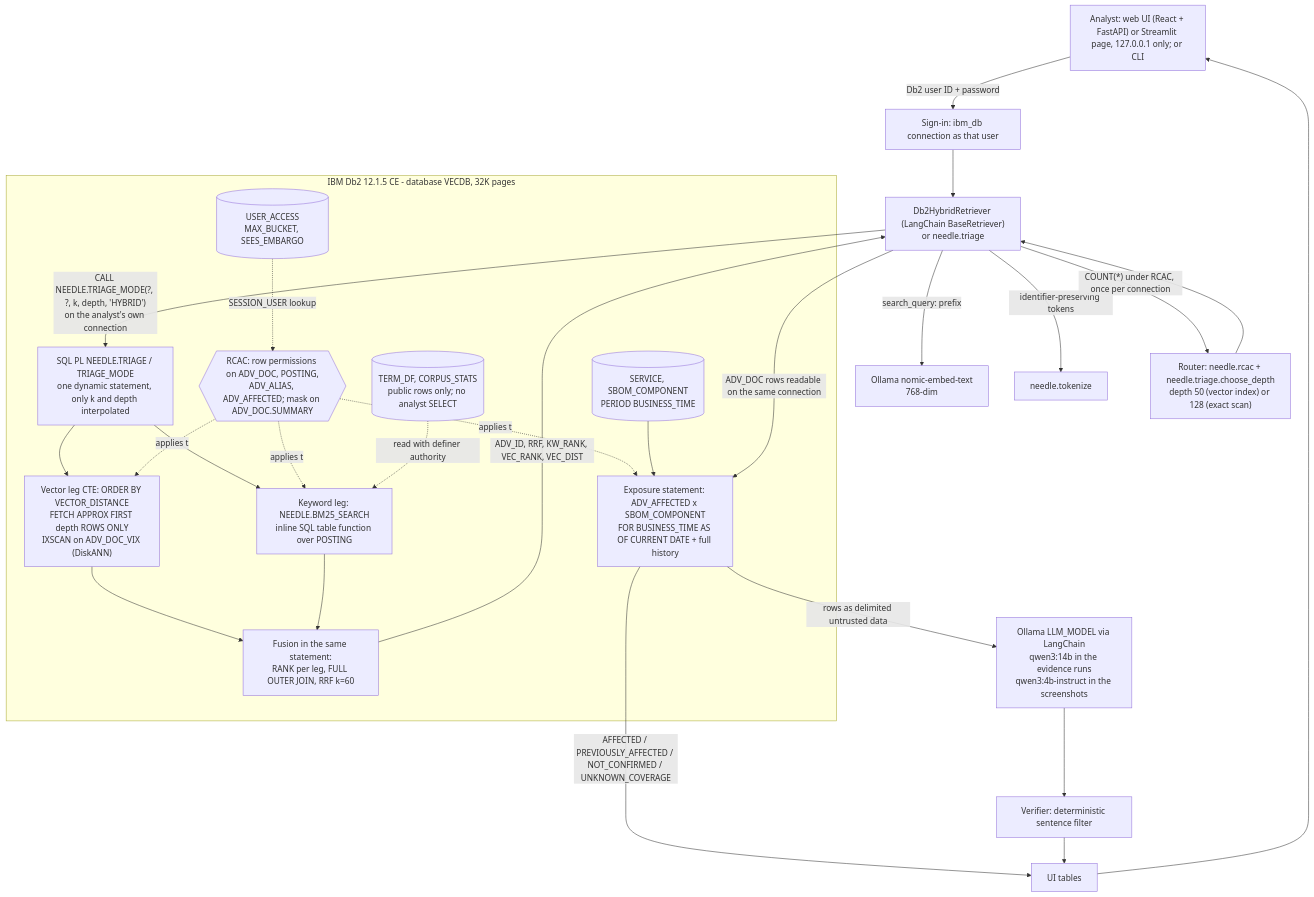
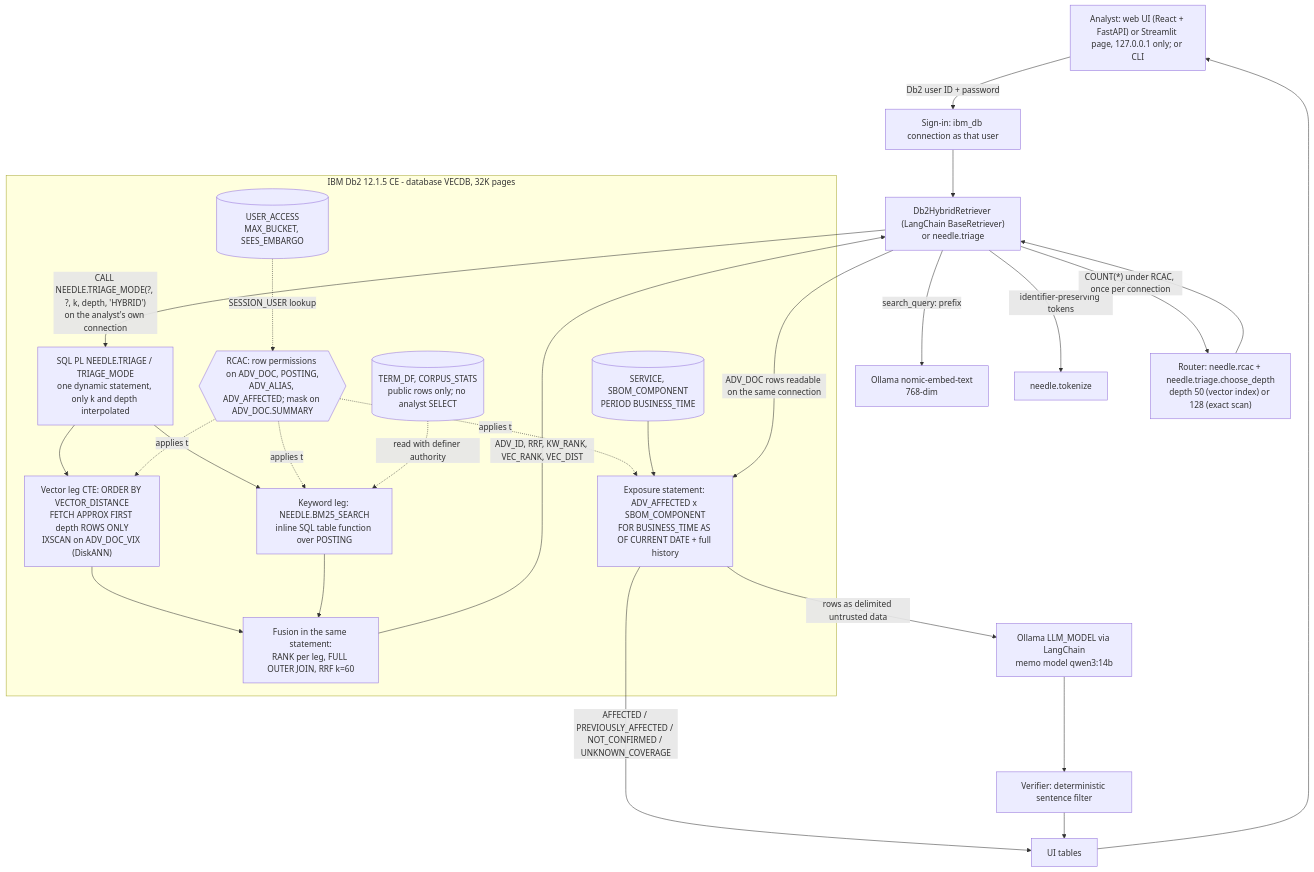
One commit to KunalGolaIBM/IBM_Db2_TechX_Project_Submission changed the first of 2 diagrams in submissions/needle/architecture.md. Above: the diagram before and after it, drawn with Mermaid. The commit also changed other lines of this file and 7 other files, not shown here.

````diff
--- a/submissions/needle/architecture.md
+++ b/submissions/needle/architecture.md
@@ -26,31 +26,31 @@
 ```mermaid
 graph TD
     U["Analyst: web UI (React + FastAPI) or Streamlit page, 127.0.0.1 only; or CLI"] -->|"Db2 user ID + password"| SI["Sign-in: ibm_db connection as that user"]
     SI --> R["Db2HybridRetriever (LangChain BaseRetriever)<br/>or needle.triage"]
     R -->|"search_query: prefix"| OL["Ollama nomic-embed-text<br/>768-dim"]
     R -->|"identifier-preserving tokens"| TK["needle.tokenize"]
     R -->|"COUNT(*) under RCAC, once per connection"| RT["Router: needle.rcac + needle.triage.choose_depth<br/>depth 50 (vector index) or 128 (exact scan)"]
     RT --> R
     R -->|"CALL NEEDLE.TRIAGE_MODE(?, ?, k, depth, 'HYBRID')<br/>on the analyst's own connection"| T
     subgraph DB["IBM Db2 12.1.5 CE - database VECDB, 32K pages"]
       T["SQL PL NEEDLE.TRIAGE / TRIAGE_MODE<br/>one dynamic statement, only k and depth interpolated"]
       T --> VL["Vector leg CTE: ORDER BY VECTOR_DISTANCE<br/>FETCH APPROX FIRST depth ROWS ONLY<br/>IXSCAN on ADV_DOC_VIX (DiskANN)"]
       T --> KW["Keyword leg: NEEDLE.BM25_SEARCH<br/>inline SQL table function over POSTING"]
       VL --> F["Fusion in the same statement:<br/>RANK per leg, FULL OUTER JOIN, RRF k=60"]
       KW --> F
       P{{"RCAC: row permissions on ADV_DOC, POSTING,<br/>ADV_ALIAS, ADV_AFFECTED; mask on ADV_DOC.SUMMARY"}} -.applies to.-> VL
       P -.applies to.-> KW
       P -.applies to.-> X
       ST[("TERM_DF, CORPUS_STATS<br/>public rows only; no analyst SELECT")] -.read with definer authority.-> KW
       UA[("USER_ACCESS<br/>MAX_BUCKET, SEES_EMBARGO")] -.SESSION_USER lookup.-> P
       X["Exposure statement: ADV_AFFECTED x SBOM_COMPONENT<br/>FOR BUSINESS_TIME AS OF CURRENT DATE + full history"]
       SB[("SERVICE, SBOM_COMPONENT<br/>PERIOD BUSINESS_TIME")] --> X
     end
     F -->|"ADV_ID, RRF, KW_RANK, VEC_RANK, VEC_DIST"| R
     R -->|"ADV_DOC rows readable on the same connection"| X
     X -->|"AFFECTED / PREVIOUSLY_AFFECTED / NOT_CONFIRMED / UNKNOWN_COVERAGE"| UI2["UI tables"]
-    X -->|"rows as delimited untrusted data"| LLM["Ollama LLM_MODEL via LangChain<br/>qwen3:14b in the evidence runs<br/>qwen3:4b-instruct in the screenshots"]
+    X -->|"rows as delimited untrusted data"| LLM["Ollama LLM_MODEL via LangChain<br/>memo model qwen3:14b"]
     LLM --> V["Verifier: deterministic sentence filter"]
     V --> UI2
     UI2 --> U
 ```
````
